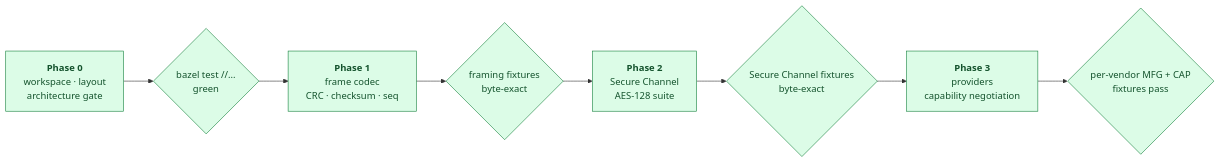
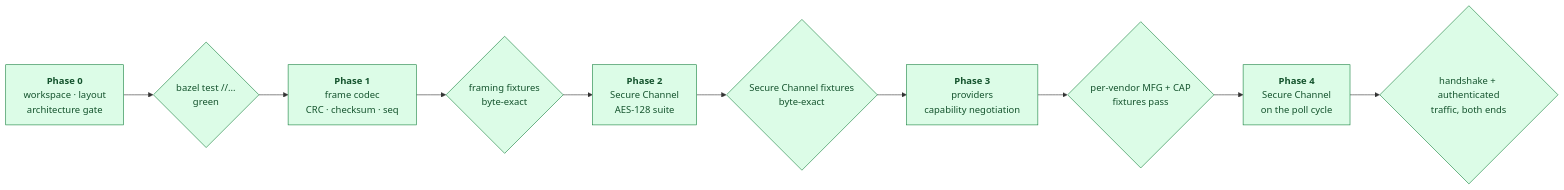
Before and after one commit to regalium-os/osdp-go: the fourth of 4 diagrams in README.md, drawn with Mermaid. The commit also changed other lines of this file and 128 other files, not shown here.

First line of the commit message:
Add secure channel implementation and related tests

````diff
--- a/README.md
+++ b/README.md
@@ -220,16 +242,18 @@
 ```mermaid
 flowchart LR
     p0["<b>Phase 0</b><br/>workspace · layout<br/>architecture gate"]
     g0{"bazel test //...<br/>green"}
     p1["<b>Phase 1</b><br/>frame codec<br/>CRC · checksum · seq"]
     g1{"framing fixtures<br/>byte-exact"}
     p2["<b>Phase 2</b><br/>Secure Channel<br/>AES-128 suite"]
     g2{"Secure Channel fixtures<br/>byte-exact"}
     p3["<b>Phase 3</b><br/>providers<br/>capability negotiation"]
     g3{"per-vendor MFG + CAP<br/>fixtures pass"}
+    p4["<b>Phase 4</b><br/>Secure Channel<br/>on the poll cycle"]
+    g4{"handshake + authenticated<br/>traffic, both ends"}
 
-    p0 --> g0 --> p1 --> g1 --> p2 --> g2 --> p3 --> g3
+    p0 --> g0 --> p1 --> g1 --> p2 --> g2 --> p3 --> g3 --> p4 --> g4
 
     classDef done fill:#dcfce7,stroke:#15803d,color:#14532d
-    class p0,g0,p1,g1,p2,g2,p3,g3 done
+    class p0,g0,p1,g1,p2,g2,p3,g3,p4,g4 done
 ```
````
